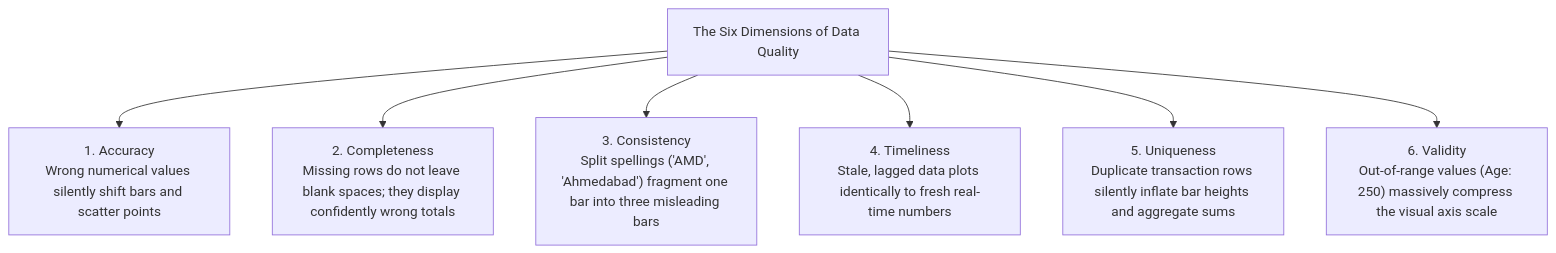
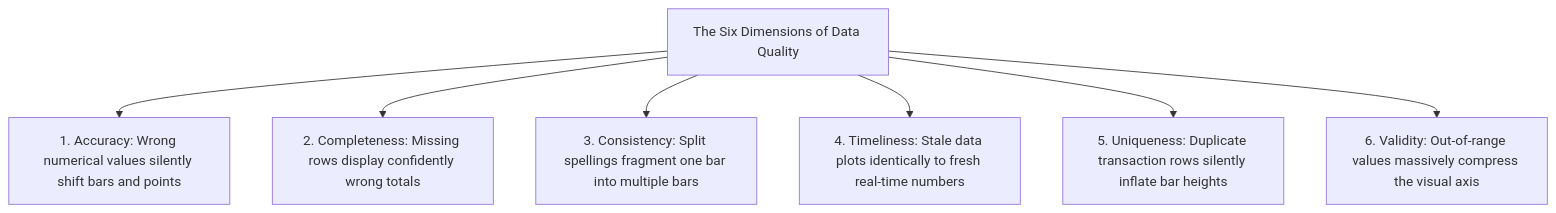
Diagram 14 of 27 in notes/data_analysis/Unit_2_notes.md (DeepLumiere/DeepSkills), drawn with Mermaid before and after one commit. The commit also changed other lines of this file and 56 other files, not shown here.

````diff
--- a/notes/data_analysis/Unit_2_notes.md
+++ b/notes/data_analysis/Unit_2_notes.md
@@ -773,11 +773,11 @@
 ```mermaid
 flowchart TD
     DQ["The Six Dimensions of Data Quality"]
 
-    DQ --> D1["1. Accuracy<br/>Wrong numerical values silently shift bars and scatter points"]
-    DQ --> D2["2. Completeness<br/>Missing rows do not leave blank spaces; they display confidently wrong totals"]
-    DQ --> D3["3. Consistency<br/>Split spellings ('AMD', 'Ahmedabad') fragment one bar into three misleading bars"]
-    DQ --> D4["4. Timeliness<br/>Stale, lagged data plots identically to fresh real-time numbers"]
-    DQ --> D5["5. Uniqueness<br/>Duplicate transaction rows silently inflate bar heights and aggregate sums"]
-    DQ --> D6["6. Validity<br/>Out-of-range values (Age: 250) massively compress the visual axis scale"]
+    DQ --> D1["1. Accuracy: Wrong numerical values silently shift bars and points"]
+    DQ --> D2["2. Completeness: Missing rows display confidently wrong totals"]
+    DQ --> D3["3. Consistency: Split spellings fragment one bar into multiple bars"]
+    DQ --> D4["4. Timeliness: Stale data plots identically to fresh real-time numbers"]
+    DQ --> D5["5. Uniqueness: Duplicate transaction rows silently inflate bar heights"]
+    DQ --> D6["6. Validity: Out-of-range values massively compress the visual axis"]
 ```
````
